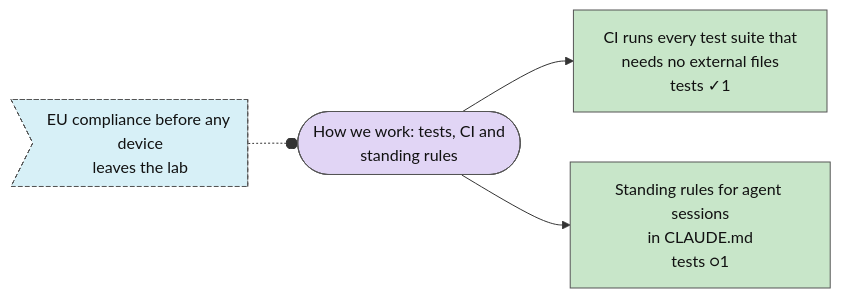
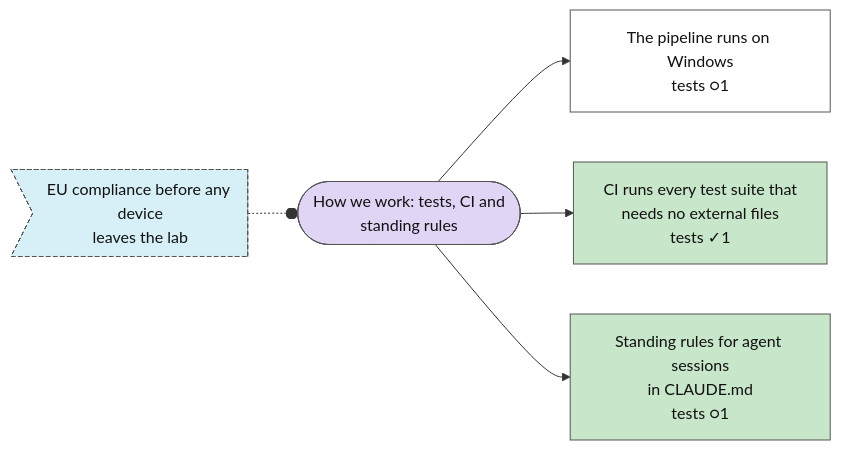
Before and after one commit to Sigurius23/Rehab-agent: the seventh of 7 diagrams in plan/MAP.md, drawn with Mermaid. The commit also changed other lines of this file and 14 other files, not shown here.

````diff
--- a/plan/MAP.md
+++ b/plan/MAP.md
@@ -422,29 +428,31 @@
 ```mermaid
 flowchart LR
-  n0(["How we work: tests, CI and<br/>standing rules"]):::goal_open
-  n1>"EU compliance before any device<br/>leaves the lab"]:::idea_new
-  n2["CI runs every test suite that<br/>needs no external files<br/>tests ✓1"]:::step_done
-  n3["Standing rules for agent sessions<br/>in CLAUDE.md<br/>tests ○1"]:::step_done
-  n1 -.-o n0
-  n0 --> n2
-  n0 --> n3
+  n0["The pipeline runs on Windows<br/>tests ○1"]:::step_open
+  n1(["How we work: tests, CI and<br/>standing rules"]):::goal_open
+  n2>"EU compliance before any device<br/>leaves the lab"]:::idea_new
+  n3["CI runs every test suite that<br/>needs no external files<br/>tests ✓1"]:::step_done
+  n4["Standing rules for agent sessions<br/>in CLAUDE.md<br/>tests ○1"]:::step_done
+  n1 --> n0
+  n2 -.-o n1
+  n1 --> n3
+  n1 --> n4
   classDef goal_open fill:#e1d5f5,stroke:#555,color:#111
   classDef goal_done fill:#c8e6c9,stroke:#555,color:#111
   classDef step_open fill:#ffffff,stroke:#555,color:#111
   classDef step_doing fill:#fff3c4,stroke:#555,color:#111
   classDef step_done fill:#c8e6c9,stroke:#555,color:#111
   classDef step_blocked fill:#ffe0b2,stroke:#555,color:#111
   classDef step_dropped fill:#eeeeee,stroke:#555,color:#111
   classDef test_planned fill:#ffffff,stroke:#555,color:#111
   classDef test_running fill:#fff3c4,stroke:#555,color:#111
   classDef test_passed fill:#c8e6c9,stroke:#555,color:#111
   classDef test_failed fill:#ffcdd2,stroke:#555,color:#111
   classDef test_mixed fill:#fff3c4,stroke:#555,color:#111
   classDef test_dropped fill:#eeeeee,stroke:#555,color:#111
   classDef idea_new fill:#d7f0f7,stroke:#555,color:#111,stroke-dasharray: 4 3
   classDef idea_promoted fill:#eeeeee,stroke:#555,color:#111,stroke-dasharray: 4 3
   classDef idea_dropped fill:#eeeeee,stroke:#555,color:#111,stroke-dasharray: 4 3
   classDef decision_open fill:#ffe0b2,stroke:#555,color:#111
   classDef decision_decided fill:#ffe0b2,stroke:#555,color:#111
   classDef external fill:#f5f5f5,stroke:#aaa,color:#777,stroke-dasharray: 2 2
 ```
````
